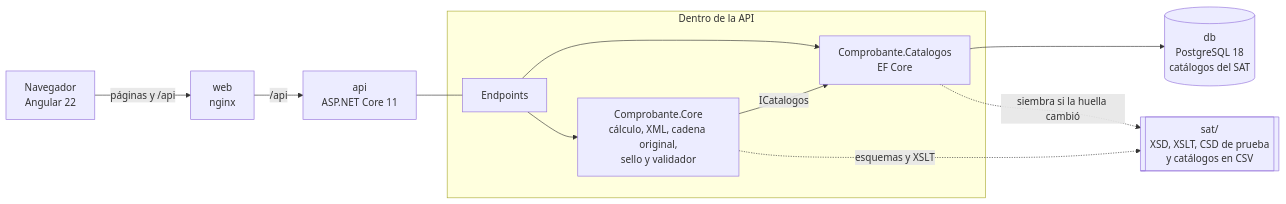
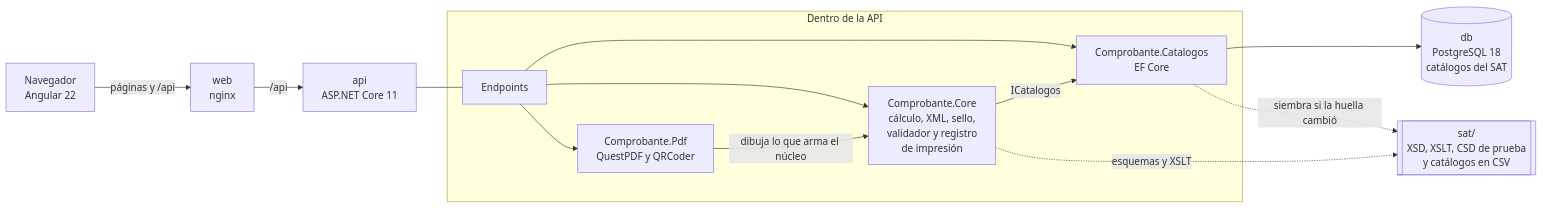
The diagram in README.md (RafaelLeonTorres/comprobante), drawn with Mermaid before and after one commit. The commit also changed other lines of this file and 3 other files, not shown here.

````diff
--- a/README.md
+++ b/README.md
@@ -58,15 +69,17 @@
 ```mermaid
 flowchart LR
   B["Navegador<br/>Angular 22"] -- "páginas y /api" --> W["web<br/>nginx"]
   W -- "/api" --> A["api<br/>ASP.NET Core 11"]
   subgraph API["Dentro de la API"]
-    E["Endpoints"] --> C["Comprobante.Core<br/>cálculo, XML, cadena original,<br/>sello y validador"]
+    E["Endpoints"] --> C["Comprobante.Core<br/>cálculo, XML, sello,<br/>validador y registro<br/>de impresión"]
     E --> K["Comprobante.Catalogos<br/>EF Core"]
+    E --> P["Comprobante.Pdf<br/>QuestPDF y QRCoder"]
+    P -- "dibuja lo que arma el núcleo" --> C
     C -- "ICatalogos" --> K
   end
   A --- E
   K --> D[("db<br/>PostgreSQL 18<br/>catálogos del SAT")]
   S[["sat/<br/>XSD, XSLT, CSD de prueba<br/>y catálogos en CSV"]]
   K -. "siembra si la huella cambió" .-> S
   C -. "esquemas y XSLT" .-> S
 ```
````
